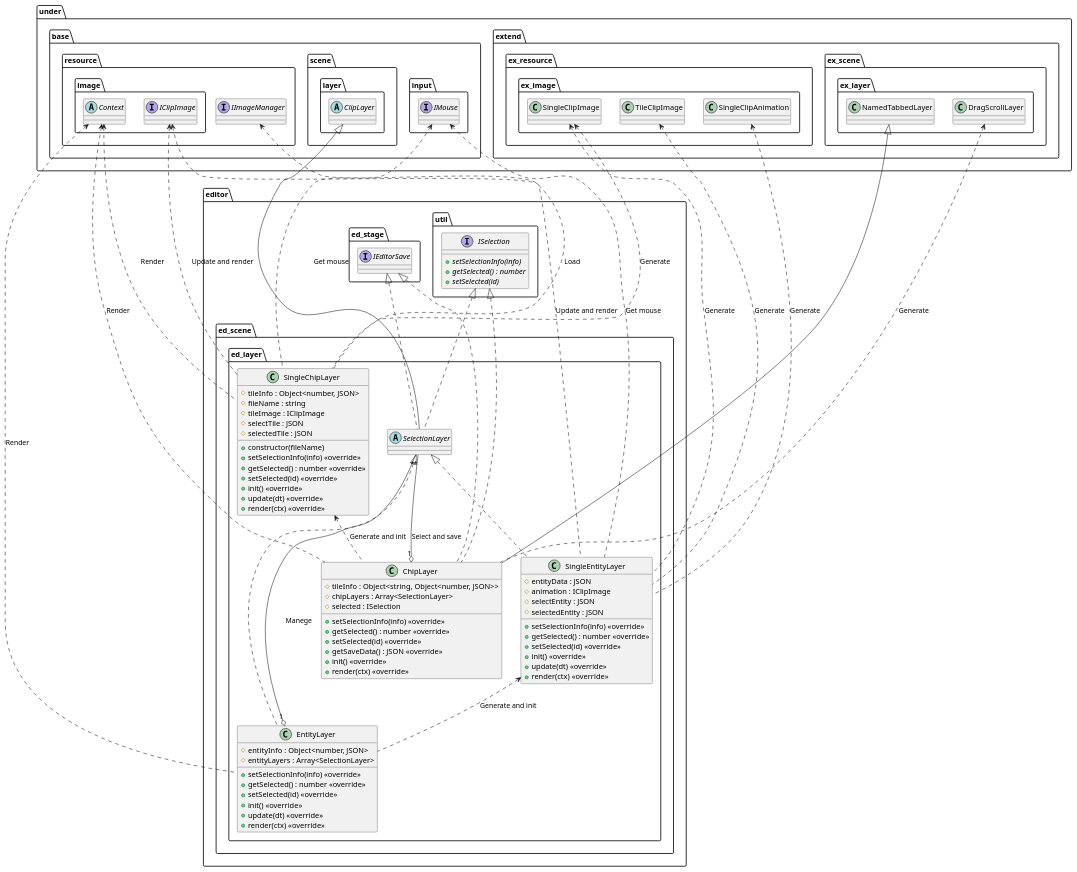
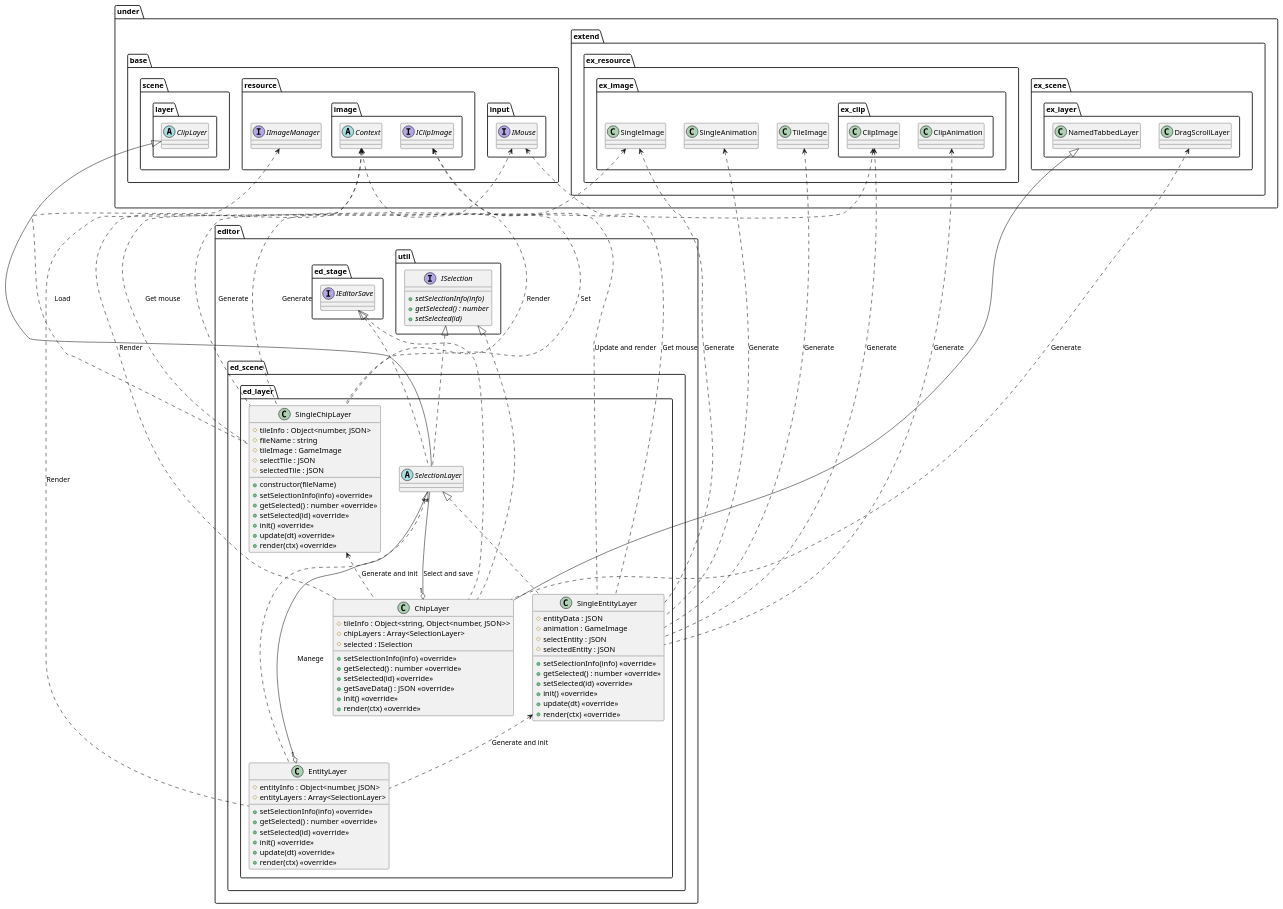
Before and after one commit to Expine/Under: the diagram in uml/editor/scene/Selection.wsd, drawn with PlantUML. The commit also changed 55 other files, not shown here.

```diff
--- a/uml/editor/scene/Selection.wsd
+++ b/uml/editor/scene/Selection.wsd
@@ -1,137 +1,144 @@
 @startuml EditorSelection
 
 package editor {
     package ed_scene {
         package ed_layer {
             abstract SelectionLayer
             class ChipLayer {
                 #tileInfo : Object<string, Object<number, JSON>>
                 #chipLayers : Array<SelectionLayer>
                 #selected : ISelection
                 +setSelectionInfo(info) <<override>>
                 +getSelected() : number <<override>>
                 +setSelected(id) <<override>>
                 +getSaveData() : JSON <<override>>
                 +init() <<override>>
                 +render(ctx) <<override>>
             }
             class EntityLayer {
                 #entityInfo : Object<number, JSON>
                 #entityLayers : Array<SelectionLayer>
                 +setSelectionInfo(info) <<override>>
                 +getSelected() : number <<override>>
                 +setSelected(id) <<override>>
                 +init() <<override>>
                 +update(dt) <<override>>
                 +render(ctx) <<override>>
             }
             class SingleChipLayer {
                 +constructor(fileName)
                 #tileInfo : Object<number, JSON>
                 #fileName : string
-                #tileImage : IClipImage
+                #tileImage : GameImage
                 #selectTile : JSON
                 #selectedTile : JSON
                 +setSelectionInfo(info) <<override>>
                 +getSelected() : number <<override>>
                 +setSelected(id) <<override>>
                 +init() <<override>>
                 +update(dt) <<override>>
                 +render(ctx) <<override>>
             }
             class SingleEntityLayer {
                 #entityData : JSON
-                #animation : IClipImage
+                #animation : GameImage
                 #selectEntity : JSON
                 #selectedEntity : JSON
                 +setSelectionInfo(info) <<override>>
                 +getSelected() : number <<override>>
                 +setSelected(id) <<override>>
                 +init() <<override>>
                 +update(dt) <<override>>
                 +render(ctx) <<override>>
             }
         }
     }
 
     package util {
         interface ISelection {
             {abstract} +setSelectionInfo(info)
             {abstract} +getSelected() : number
             {abstract} +setSelected(id)
         }
     }
 }
 
 package under {
     package base {
         package input {
             interface IMouse
         }
         package resource {
             interface IImageManager
             package image {
                 abstract Context
                 interface IClipImage
             }
         }
         package scene {
             package layer {
                 abstract ClipLayer
             }
         }
     }
     package extend {
         package ex_resource {
             package ex_image {
-                class SingleClipImage
-                class TileClipImage
-                class SingleClipAnimation
+                package ex_clip {
+                    class ClipImage
+                    class ClipAnimation
+                }
+                class SingleImage
+                class TileImage
+                class SingleAnimation
             }
         }
         package ex_scene {
             package ex_layer {
                 class DragScrollLayer
                 class NamedTabbedLayer
             }
         }
     }
 }
 
 package editor {
     package ed_stage {
         interface IEditorSave
     }
 }
 
 SelectionLayer "*" --o "1" ChipLayer  : Select and save
 SingleChipLayer <.. ChipLayer : Generate and init
 DragScrollLayer <... ChipLayer : Generate
 Context <... ChipLayer : Render
 
 SelectionLayer "*" --o "1" EntityLayer  : Manege
 SingleEntityLayer <.. EntityLayer : Generate and init
 Context <... EntityLayer : Render
 
-SingleClipImage <... SingleChipLayer : Generate
-IClipImage <... SingleChipLayer : Update and render
+ClipImage <... SingleChipLayer : Generate
+SingleImage <... SingleChipLayer : Generate
+IClipImage <... SingleChipLayer : Set
 IMouse <... SingleChipLayer : Get mouse
 IImageManager <... SingleChipLayer : Load
 Context <... SingleChipLayer : Render
 
-SingleClipImage <... SingleEntityLayer : Generate
-TileClipImage <... SingleEntityLayer : Generate
-SingleClipAnimation <... SingleEntityLayer : Generate
+ClipImage <... SingleEntityLayer : Generate
+ClipAnimation <... SingleEntityLayer : Generate
+SingleImage <... SingleEntityLayer : Generate
+TileImage <... SingleEntityLayer : Generate
+SingleAnimation <... SingleEntityLayer : Generate
 IClipImage <... SingleEntityLayer : Update and render
 IMouse <... SingleEntityLayer : Get mouse
 
 ClipLayer <|-- SelectionLayer
 ISelection <|.. SelectionLayer
 IEditorSave <|.. SelectionLayer
 NamedTabbedLayer <|-- ChipLayer
 ISelection <|.. ChipLayer
 IEditorSave <|.. ChipLayer
 SelectionLayer <|.. EntityLayer
 SelectionLayer <|.. SingleEntityLayer
 
 @enduml
```
